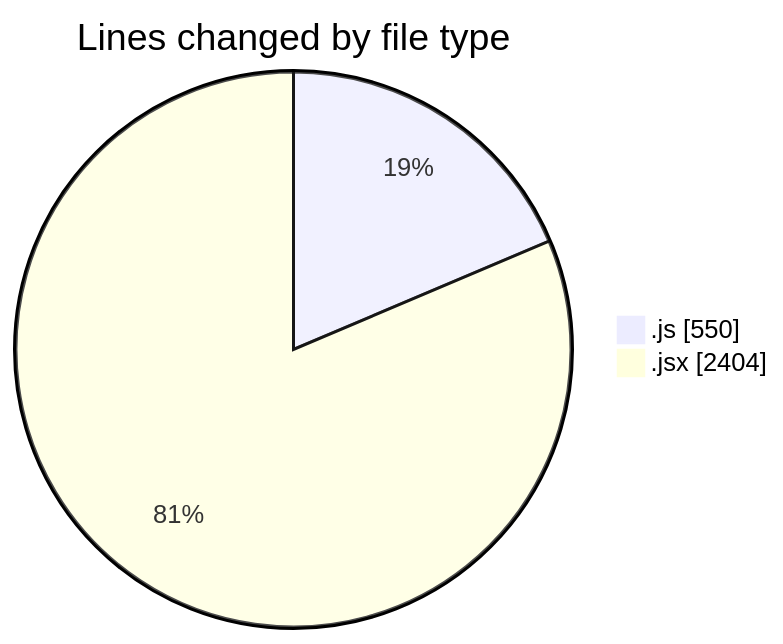
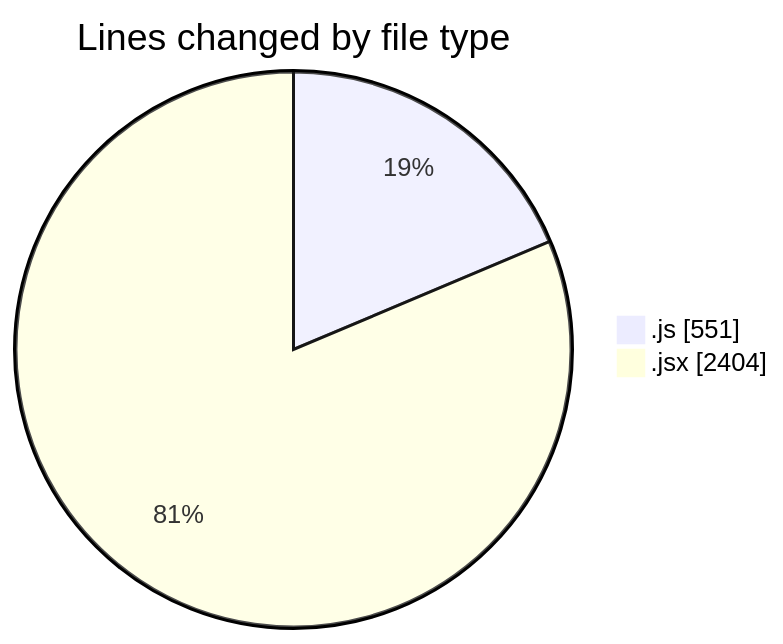
The first of 2 diagrams in 2026-01-05/nxtqube_webapp/README.md (nxtqubesakshisongat/code-tracking), drawn with Mermaid before and after one commit. The commit also changed other lines of this file and 1 other file, not shown here.

````diff
--- a/2026-01-05/nxtqube_webapp/README.md
+++ b/2026-01-05/nxtqube_webapp/README.md
@@ -21,6 +21,6 @@
 ```mermaid
 pie showData
 title Lines changed by file type
-".js" : 550
+".js" : 551
 ".jsx" : 2404
 ```
````
